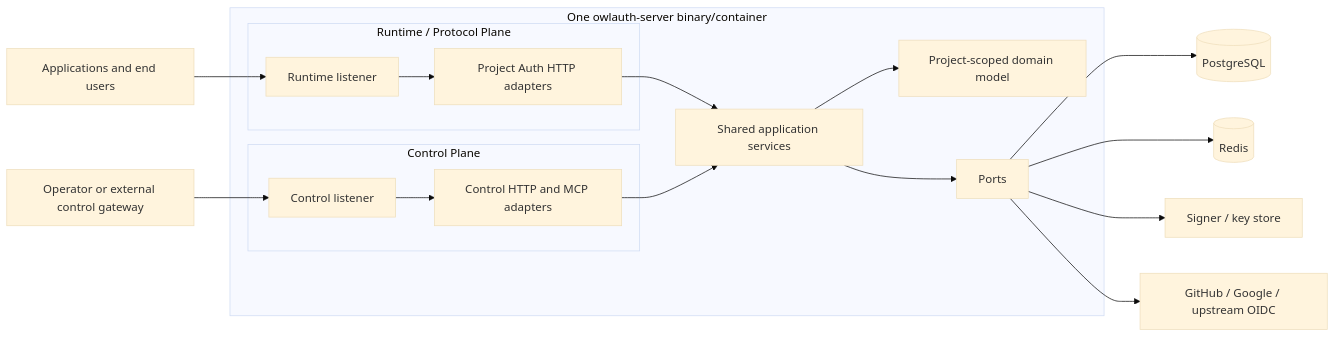
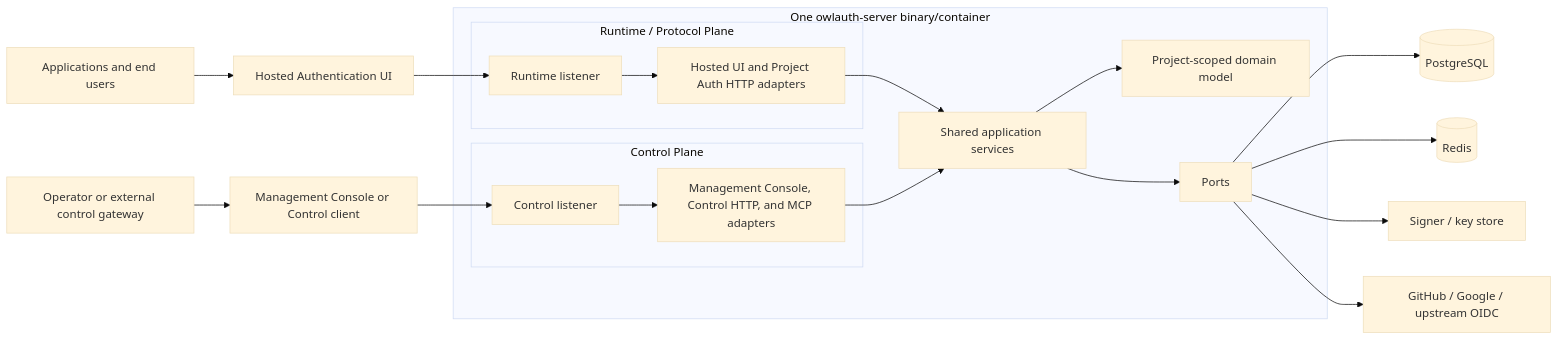
The second of 4 diagrams in spec/01-system-context-and-goals.md (owlfoundry/owlauth), drawn with Mermaid (base theme) before and after one commit. The commit also changed other lines of this file and 35 other files, not shown here.

First line of the commit message:
docs(repo): define hosted web and SaaS architecture

````diff
--- a/spec/01-system-context-and-goals.md
+++ b/spec/01-system-context-and-goals.md
@@ -73,23 +73,25 @@
 ```mermaid
 flowchart LR
-    EndUsers[Applications and end users] --> RL[Runtime listener]
-    Operators[Operator or external control gateway] --> CL[Control listener]
+    EndUsers[Applications and end users] --> Hosted[Hosted Authentication UI]
+    Hosted --> RL[Runtime listener]
+    Operators[Operator or external control gateway] --> Console[Management Console or Control client]
+    Console --> CL[Control listener]
 
     subgraph Artifact[One owlauth-server binary/container]
         subgraph Runtime[Runtime / Protocol Plane]
-            RL --> RH[Project Auth HTTP adapters]
+            RL --> RH[Hosted UI and Project Auth HTTP adapters]
         end
         subgraph Control[Control Plane]
-            CL --> CA[Control HTTP and MCP adapters]
+            CL --> CA[Management Console, Control HTTP, and MCP adapters]
         end
         RH --> AS[Shared application services]
         CA --> AS
         AS --> D[Project-scoped domain model]
         AS --> P[Ports]
     end
 
     P --> PG[(PostgreSQL)]
     P --> Redis[(Redis)]
     P --> KMS[Signer / key store]
     P --> IdP[GitHub / Google / upstream OIDC]
 ```
````
